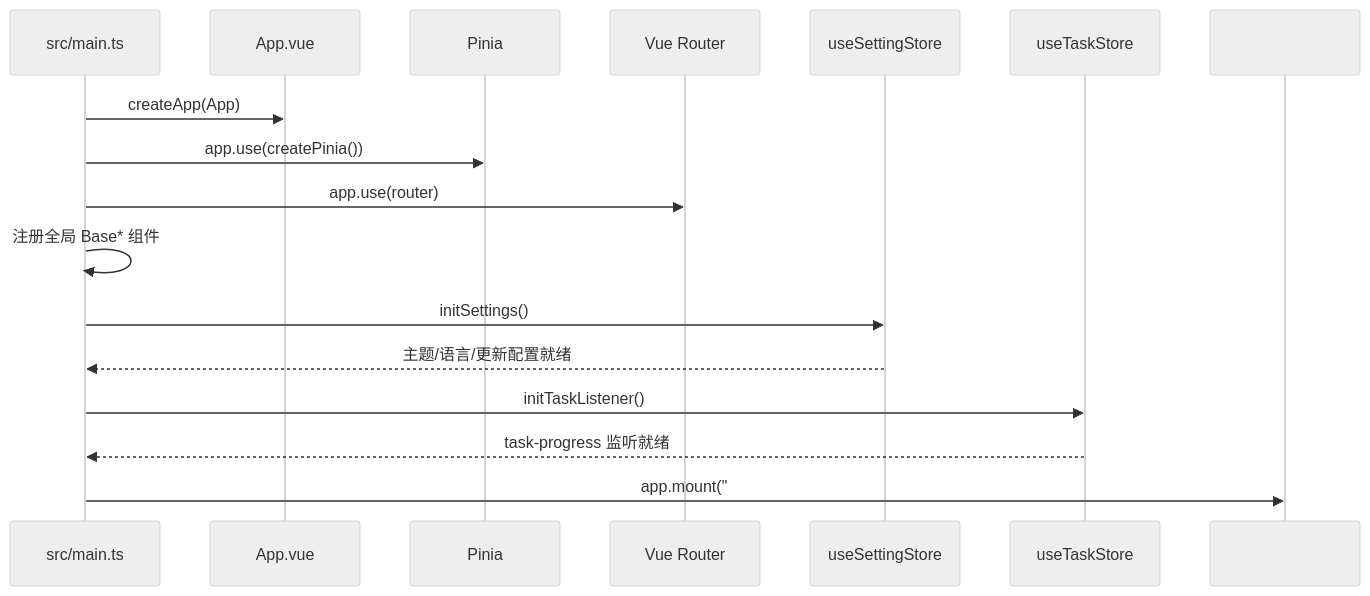
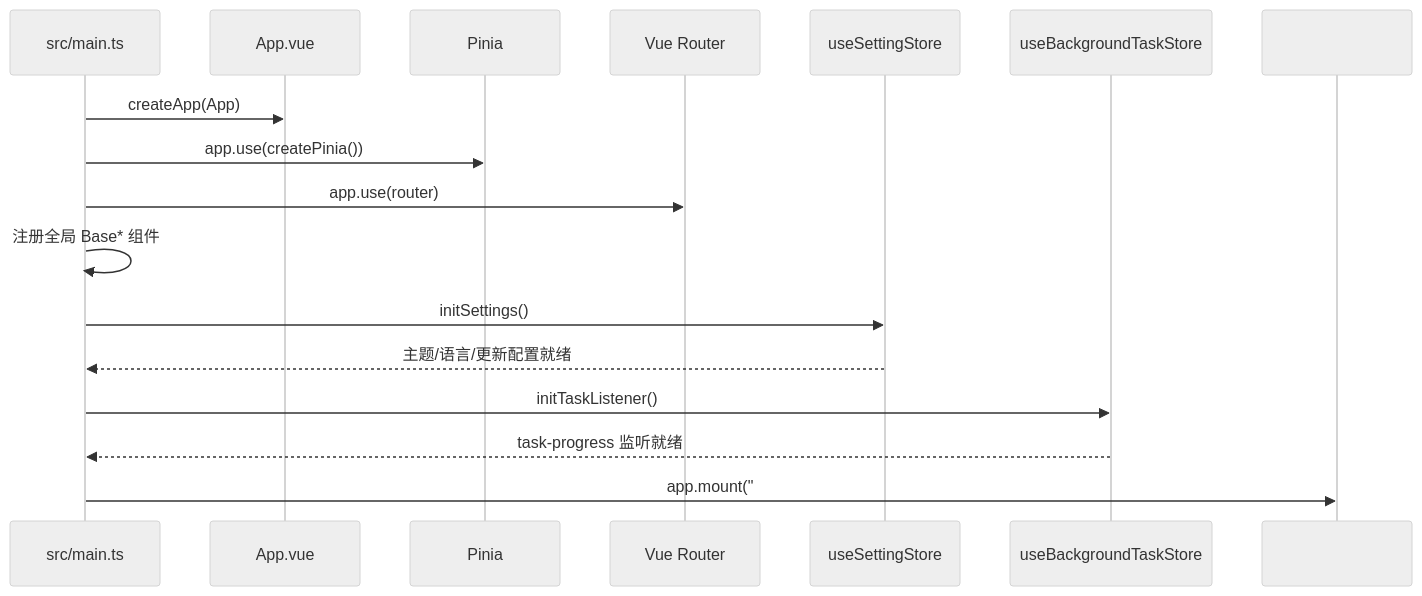
Before and after one commit to MonsterXiong/monster-workbench: the second of 11 diagrams in docs/architecture-current-state.md, drawn with Mermaid (neutral theme). The commit also changed other lines of this file and 1 other file, not shown here.

````diff
--- a/docs/architecture-current-state.md
+++ b/docs/architecture-current-state.md
@@ -130,20 +130,20 @@
 ```mermaid
 sequenceDiagram
   participant Main as src/main.ts
   participant App as App.vue
   participant Pinia as Pinia
   participant Router as Vue Router
   participant Settings as useSettingStore
-  participant Task as useTaskStore
+  participant Bg as useBackgroundTaskStore
   participant DOM as #app
 
   Main->>App: createApp(App)
   Main->>Pinia: app.use(createPinia())
   Main->>Router: app.use(router)
   Main->>Main: 注册全局 Base* 组件
   Main->>Settings: initSettings()
   Settings-->>Main: 主题/语言/更新配置就绪
-  Main->>Task: initTaskListener()
-  Task-->>Main: task-progress 监听就绪
+  Main->>Bg: initTaskListener()
+  Bg-->>Main: task-progress 监听就绪
   Main->>DOM: app.mount("#app")
 ```
````
